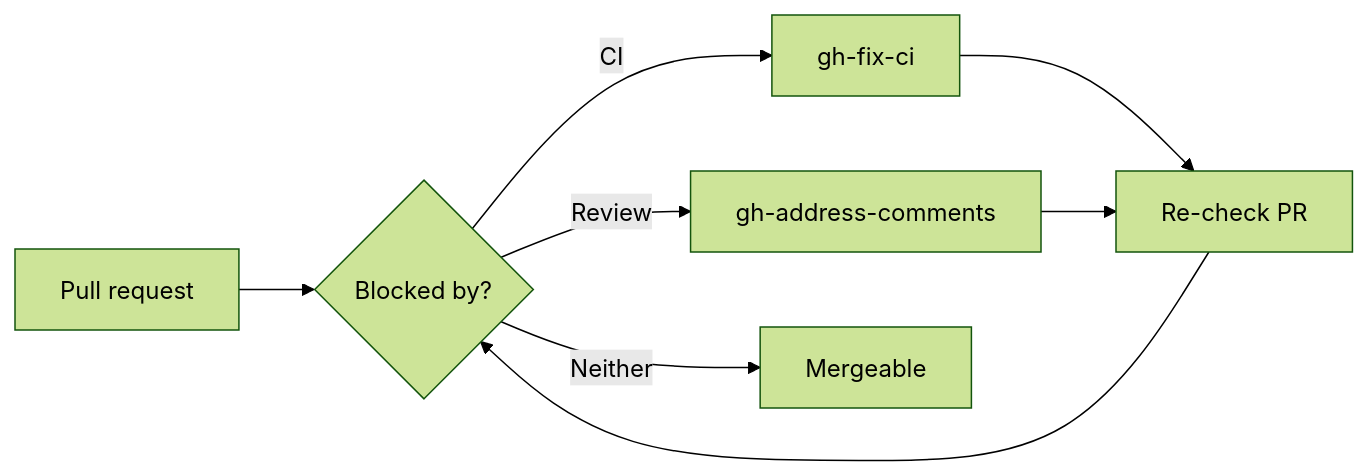
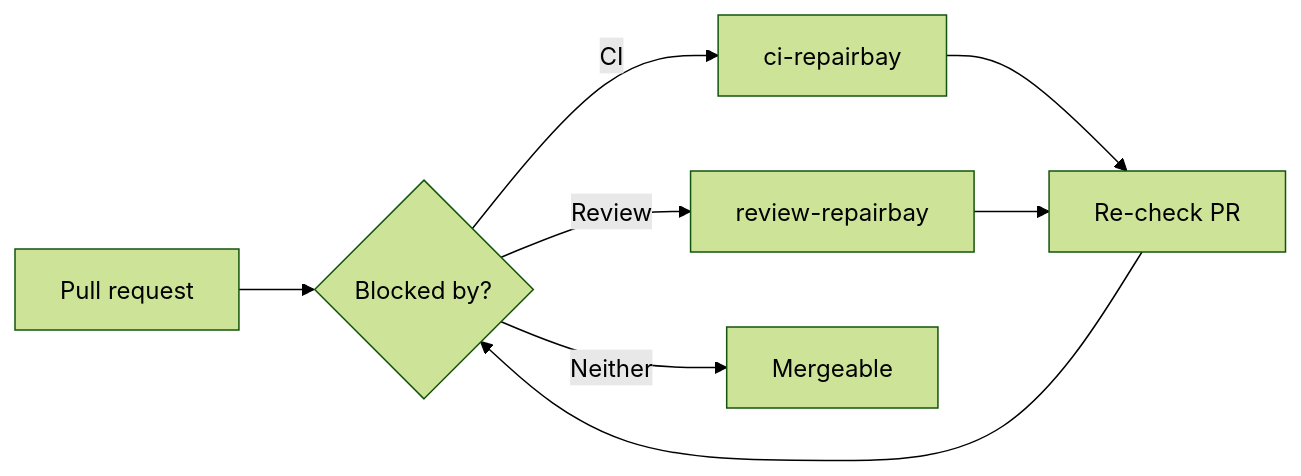
The fifth of 5 diagrams in README.md (HenryQW/skills), drawn with Mermaid (forest theme) before and after one commit. The commit also changed other lines of this file and 35 other files, not shown here.

````diff
--- a/README.md
+++ b/README.md
@@ -103,10 +110,10 @@
 ```mermaid
 flowchart LR
   pr["Pull request"] --> check{"Blocked by?"}
-  check -->|CI| ci["gh-fix-ci"]
-  check -->|Review| comments["gh-address-comments"]
+  check -->|CI| ci_repair["ci-repairbay"]
+  check -->|Review| review_repair["review-repairbay"]
   check -->|Neither| clean["Mergeable"]
-  ci --> verify["Re-check PR"]
-  comments --> verify
+  ci_repair --> verify["Re-check PR"]
+  review_repair --> verify
   verify --> check
 ```
````
